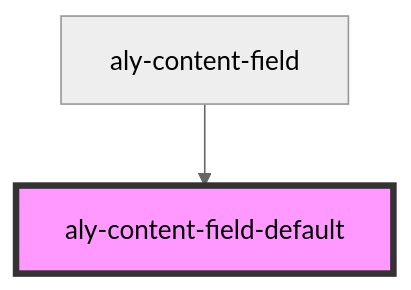
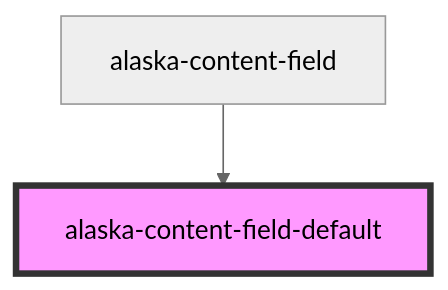
One commit to alaska-project/alaska-contents changed the diagram in core/src/components/fields/content-field-default/readme.md. Above: the diagram before and after it, drawn with Mermaid (neutral theme). The commit also changed other lines of this file and 56 other files, not shown here.

````diff
--- a/core/src/components/fields/content-field-default/readme.md
+++ b/core/src/components/fields/content-field-default/readme.md
@@ -22,5 +22,5 @@
 ```mermaid
 graph TD;
-  aly-content-field --> aly-content-field-default
-  style aly-content-field-default fill:#f9f,stroke:#333,stroke-width:4px
+  alaska-content-field --> alaska-content-field-default
+  style alaska-content-field-default fill:#f9f,stroke:#333,stroke-width:4px
 ```
````
